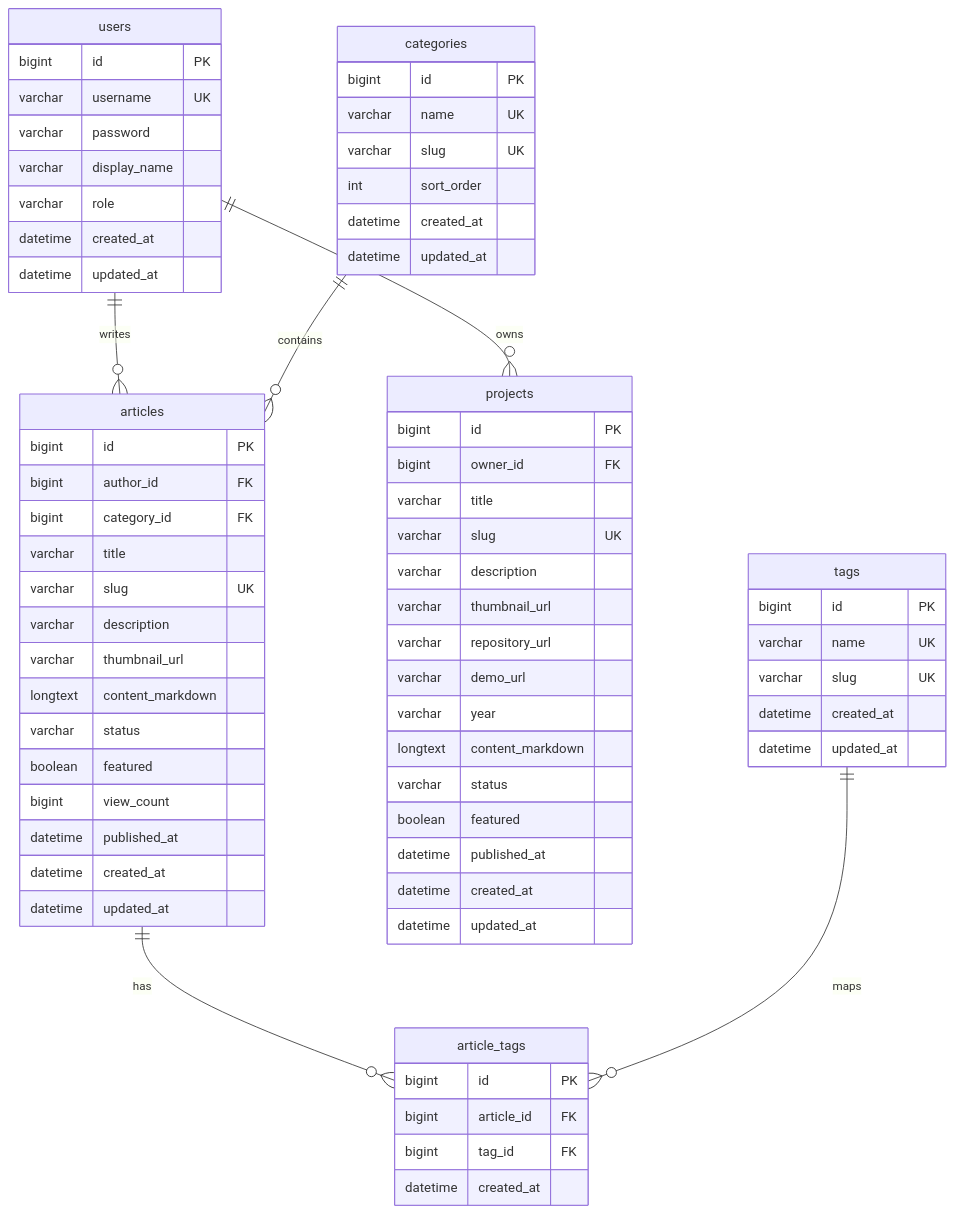
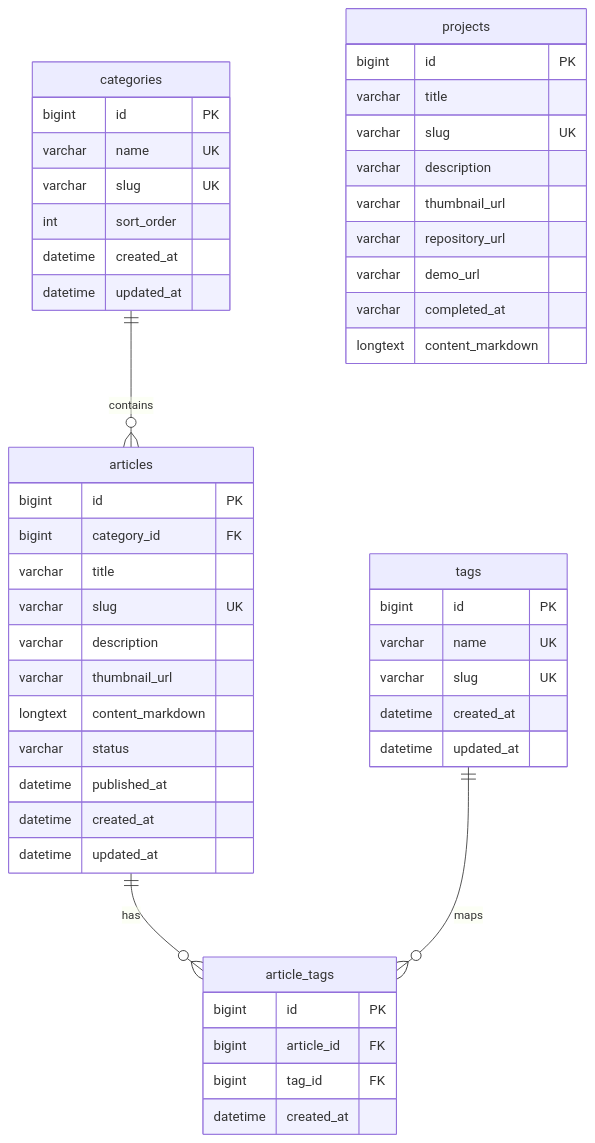
Before and after one commit to 2hnK/archive-backend: the diagram in docs/erd.md, drawn with Mermaid. The commit also changed other lines of this file and 14 other files, not shown here.

````diff
--- a/docs/erd.md
+++ b/docs/erd.md
@@ -39,77 +39,56 @@
 ```mermaid
 erDiagram
-    users ||--o{ articles : writes
-    users ||--o{ projects : owns
     categories ||--o{ articles : contains
     articles ||--o{ article_tags : has
     tags ||--o{ article_tags : maps
-
-    users {
-        bigint id PK
-        varchar username UK
-        varchar password
-        varchar display_name
-        varchar role
-        datetime created_at
-        datetime updated_at
-    }
 
     categories {
         bigint id PK
         varchar name UK
         varchar slug UK
         int sort_order
         datetime created_at
         datetime updated_at
     }
 
     tags {
         bigint id PK
         varchar name UK
         varchar slug UK
         datetime created_at
         datetime updated_at
     }
 
     articles {
         bigint id PK
-        bigint author_id FK
         bigint category_id FK
         varchar title
         varchar slug UK
         varchar description
         varchar thumbnail_url
         longtext content_markdown
         varchar status
-        boolean featured
-        bigint view_count
         datetime published_at
         datetime created_at
         datetime updated_at
     }
 
     article_tags {
         bigint id PK
         bigint article_id FK
         bigint tag_id FK
         datetime created_at
     }
 
     projects {
         bigint id PK
-        bigint owner_id FK
         varchar title
         varchar slug UK
         varchar description
         varchar thumbnail_url
         varchar repository_url
         varchar demo_url
-        varchar year
+        varchar completed_at
         longtext content_markdown
-        varchar status
-        boolean featured
-        datetime published_at
-        datetime created_at
-        datetime updated_at
     }
 ```
````
